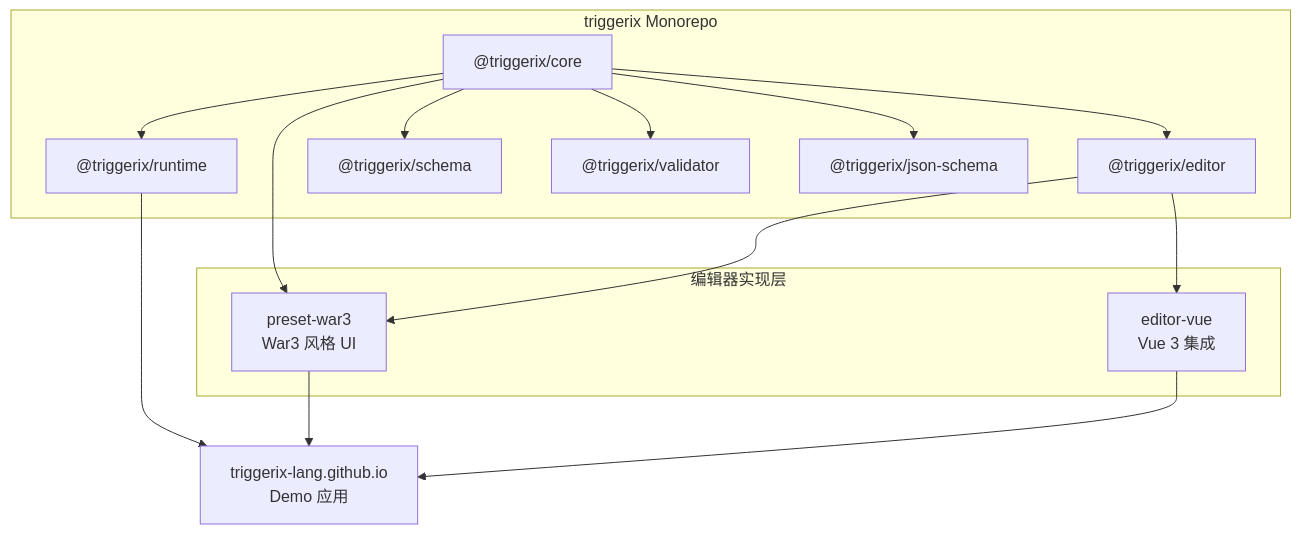
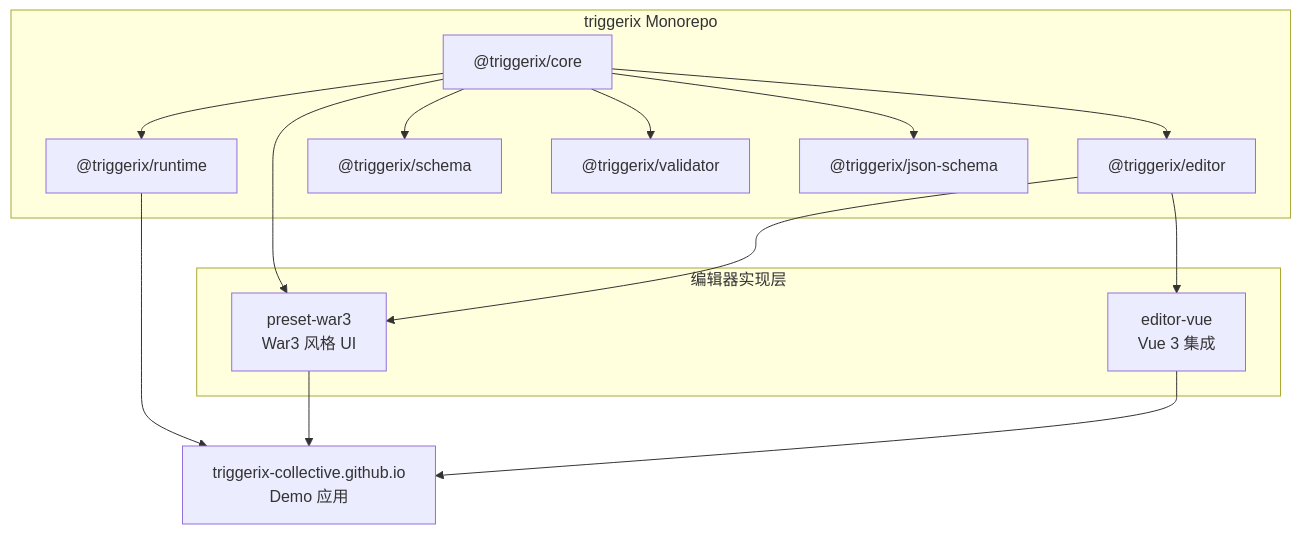
Before and after one commit to triggerix-lang/triggerix-lang.github.io: the second of 4 diagrams in README_CN.md, drawn with Mermaid. The commit also changed other lines of this file and 3 other files, not shown here.

Commit message:
chore: rename repo to triggerix-collective

````diff
--- a/README_CN.md
+++ b/README_CN.md
@@ -147,31 +147,31 @@
 ```mermaid
 graph TD
     subgraph Mono["triggerix Monorepo"]
         Core2["@triggerix/core"]
         Runtime2["@triggerix/runtime"]
         Editor2["@triggerix/editor"]
         Schema2["@triggerix/schema"]
         Validator2["@triggerix/validator"]
         JsonSchema2["@triggerix/json-schema"]
         Core2 --> Runtime2
         Core2 --> Editor2
         Core2 --> Schema2
         Core2 --> Validator2
         Core2 --> JsonSchema2
     end
 
     subgraph Adapters["编辑器实现层"]
         Preset["preset-war3<br/>War3 风格 UI"]
         VueLib["editor-vue<br/>Vue 3 集成"]
     end
 
-    Demo["triggerix-lang.github.io<br/>Demo 应用"]
+    Demo["triggerix-collective.github.io<br/>Demo 应用"]
 
     Core2 --> Preset
     Editor2 --> Preset
     Editor2 --> VueLib
 
     Runtime2 --> Demo
     Preset --> Demo
     VueLib --> Demo
 ```
````
